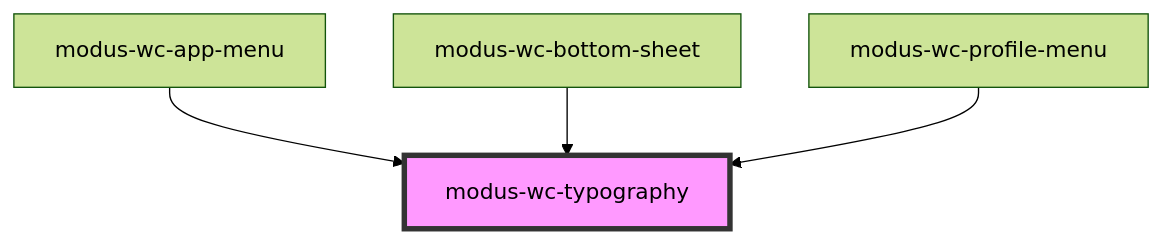
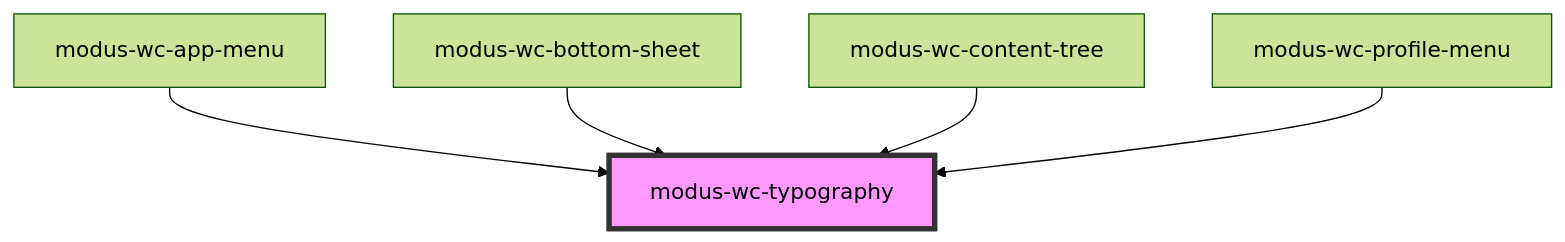
One commit to trimble-oss/modus-wc-2.0 changed the diagram in src/components/modus-wc-typography/readme.md. Above: the diagram before and after it, drawn with Mermaid (forest theme). The commit also changed other lines of this file and 20 other files, not shown here.

````diff
--- a/src/components/modus-wc-typography/readme.md
+++ b/src/components/modus-wc-typography/readme.md
@@ -41,7 +42,8 @@
 ```mermaid
 graph TD;
   modus-wc-app-menu --> modus-wc-typography
   modus-wc-bottom-sheet --> modus-wc-typography
+  modus-wc-content-tree --> modus-wc-typography
   modus-wc-profile-menu --> modus-wc-typography
   style modus-wc-typography fill:#f9f,stroke:#333,stroke-width:4px
 ```
````
